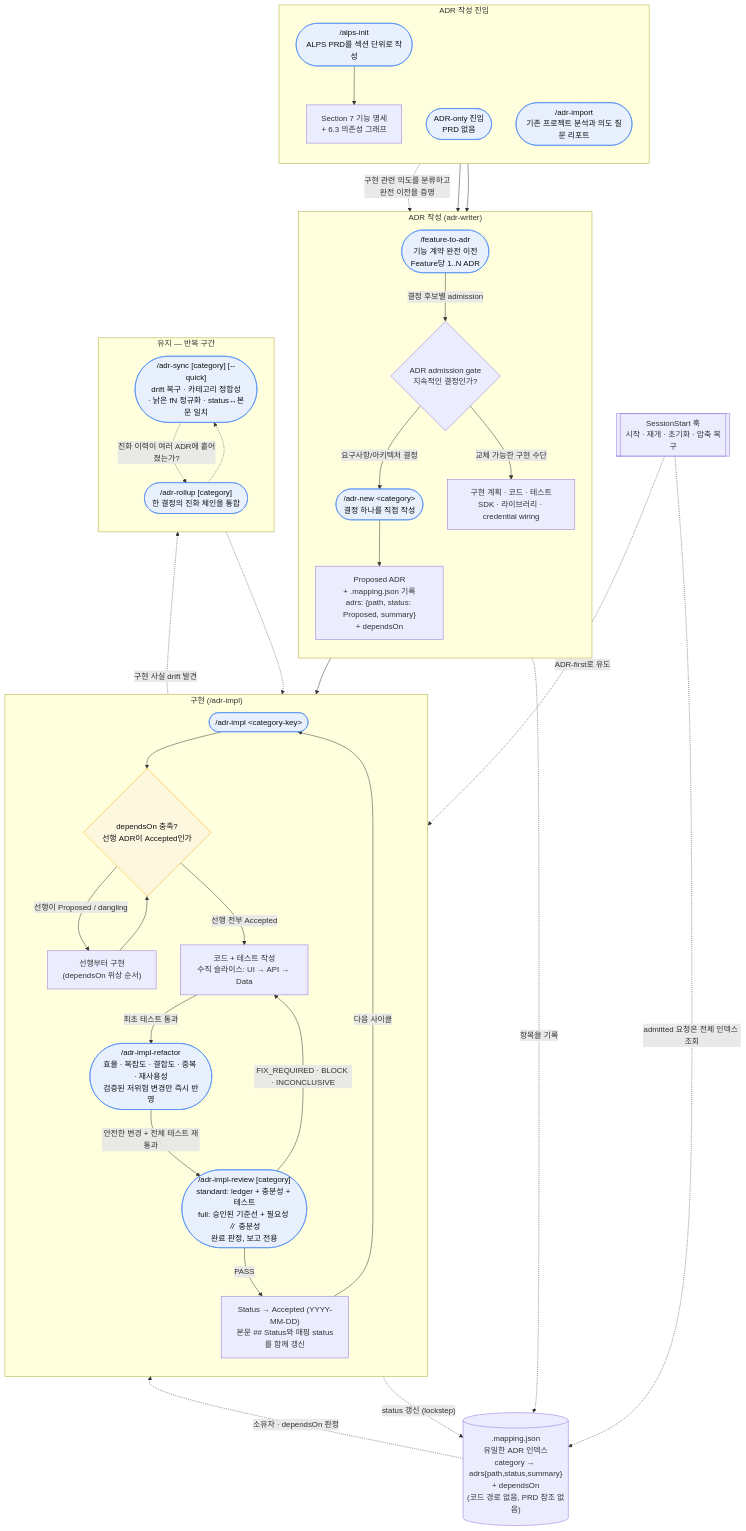
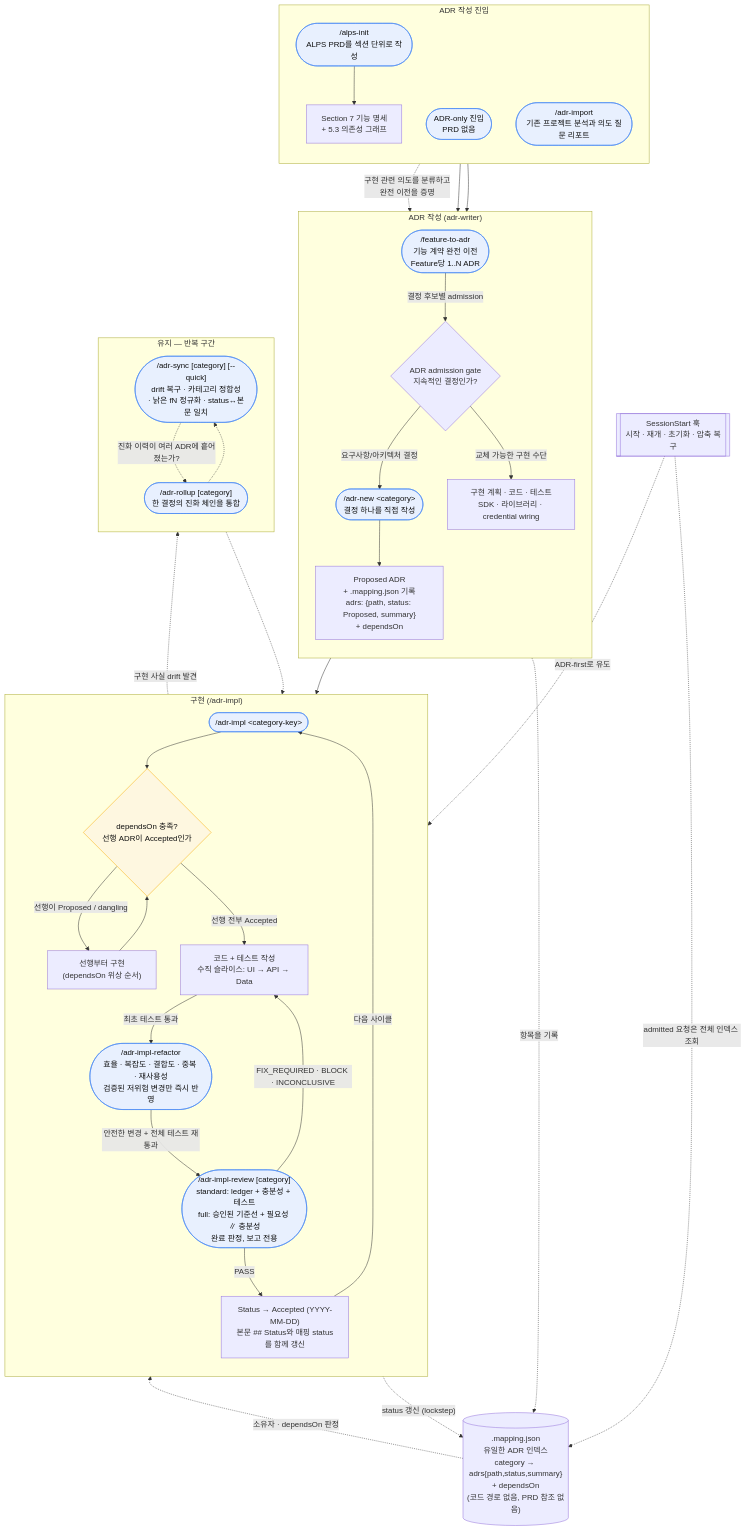
The first of 8 diagrams in docs/adr-process.md (haandol/alps-writer-plugins), drawn with Mermaid before and after one commit. The commit also changed other lines of this file and 113 other files, not shown here.

````diff
--- a/docs/adr-process.md
+++ b/docs/adr-process.md
@@ -30,73 +30,73 @@
 ```mermaid
 flowchart TD
     subgraph entry["ADR 작성 진입"]
         direction TB
         AlpsInit(["/alps-init<br/>ALPS PRD를 섹션 단위로 작성"])
-        S7["Section 7 기능 명세<br/>+ 6.3 의존성 그래프"]
+        S7["Section 7 기능 명세<br/>+ 5.3 의존성 그래프"]
         AlpsInit --> S7
         ADROnly(["ADR-only 진입<br/>PRD 없음"])
         Existing(["/adr-import<br/>기존 프로젝트 분석과 의도 질문 리포트"])
     end
 
     subgraph author["ADR 작성 (adr-writer)"]
         direction TB
         F2A(["/feature-to-adr<br/>기능 계약 완전 이전<br/>Feature당 1..N ADR"])
         Admit{"ADR admission gate<br/>지속적인 결정인가?"}
         Detail["구현 계획 · 코드 · 테스트<br/>SDK · 라이브러리 · credential wiring"]
         New(["/adr-new &lt;category&gt;<br/>결정 하나를 직접 작성"])
         Proposed["Proposed ADR<br/>+ .mapping.json 기록<br/>adrs: {path, status: Proposed, summary}<br/>+ dependsOn"]
         F2A -->|"결정 후보별 admission"| Admit
         ADROnly --> Admit
         Existing --> Admit
         Admit -->|"요구사항/아키텍처 결정"| New
         Admit -->|"교체 가능한 구현 수단"| Detail
         New --> Proposed
     end
 
     subgraph impl["구현 (/adr-impl)"]
         direction TB
         Impl(["/adr-impl &lt;category-key&gt;"])
         Gate{"dependsOn 충족?<br/>선행 ADR이 Accepted인가"}
         Prereq["선행부터 구현<br/>(dependsOn 위상 순서)"]
         Code["코드 + 테스트 작성<br/>수직 슬라이스: UI → API → Data"]
         Refactor(["/adr-impl-refactor<br/>효율 · 복잡도 · 결합도 · 중복 · 재사용성<br/>검증된 저위험 변경만 즉시 반영"])
         Review(["/adr-impl-review [category]<br/>standard: ledger + 충분성 + 테스트<br/>full: 승인된 기준선 + 필요성 ∥ 충분성<br/>완료 판정, 보고 전용"])
         Accepted["Status → Accepted (YYYY-MM-DD)<br/>본문 ## Status와 매핑 status를 함께 갱신"]
         Impl --> Gate
         Gate -->|"선행이 Proposed / dangling"| Prereq
         Prereq --> Gate
         Gate -->|"선행 전부 Accepted"| Code
         Code -->|"최초 테스트 통과"| Refactor
         Refactor -->|"안전한 변경 + 전체 테스트 재통과"| Review
         Review -->|PASS| Accepted
         Review -->|"FIX_REQUIRED · BLOCK · INCONCLUSIVE"| Code
     end
 
     subgraph maint["유지 — 반복 구간"]
         direction TB
         Sync(["/adr-sync [category] [--quick]<br/>drift 복구 · 카테고리 정합성<br/>· 낡은 fN 정규화 · status↔본문 일치"])
         Rollup(["/adr-rollup [category]<br/>한 결정의 진화 체인을 통합"])
     end
 
     Mapping[(".mapping.json<br/>유일한 ADR 인덱스<br/>category → adrs{path,status,summary}<br/>+ dependsOn<br/>(코드 경로 없음, PRD 참조 없음)")]
     Hook[["SessionStart 훅<br/>시작 · 재개 · 초기화 · 압축 복구"]]
 
     S7 -.->|"구현 관련 의도를 분류하고<br/>완전 이전을 증명"| F2A
     Proposed --> Impl
     Review -.->|"구현 사실 drift 발견"| Sync
     Sync -.-> Review
     Accepted -->|"다음 사이클"| Impl
     Sync -.->|"진화 이력이 여러 ADR에 흩어졌는가?"| Rollup
     Rollup -.-> Sync
 
     Proposed -.->|"항목을 기록"| Mapping
     Accepted -.->|"status 갱신 (lockstep)"| Mapping
     Hook -.->|"admitted 요청은 전체 인덱스 조회"| Mapping
     Mapping -.->|"소유자 · dependsOn 판정"| Impl
     Hook -.->|"ADR-first로 유도"| Impl
 
     classDef cmd fill:#e8f0fe,stroke:#4285f4,color:#111;
     classDef gate fill:#fef7e0,stroke:#f9ab00,color:#111;
     class AlpsInit,F2A,New,Impl,Refactor,Review,Sync,Rollup,ADROnly,Existing cmd;
     class Gate gate;
 ```
````
